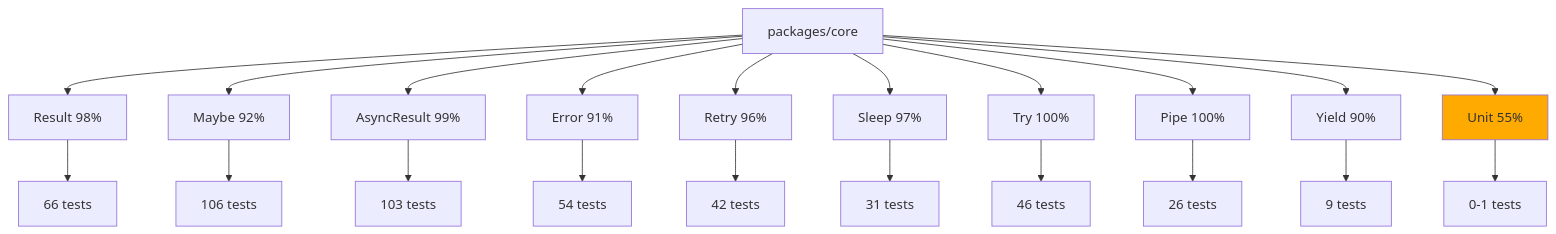
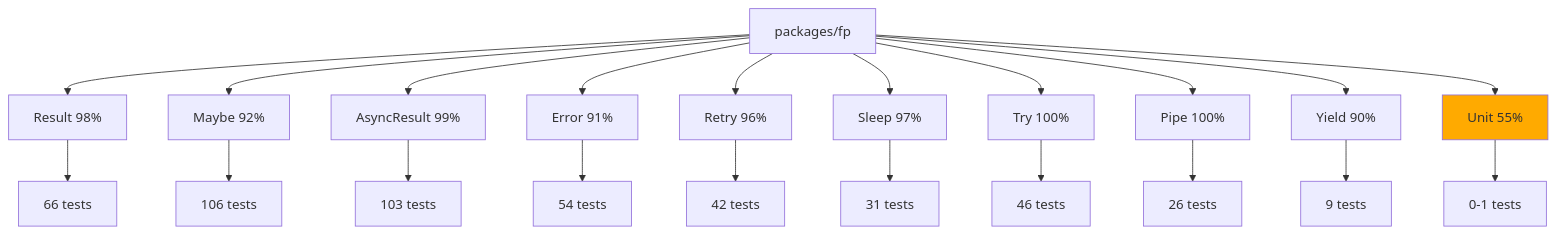
The diagram in reports/tests/test-report-2026-04-01.md (nesalia-inc/core), drawn with Mermaid before and after one commit. The commit also changed other lines of this file and 70 other files, not shown here.

First line of the commit message:
refactor: rename packages/core to packages/fp

````diff
--- a/reports/tests/test-report-2026-04-01.md
+++ b/reports/tests/test-report-2026-04-01.md
@@ -285,26 +285,26 @@
 ```mermaid
 graph TD
-    A[packages/core] --> B[Result 98%]
+    A[packages/fp] --> B[Result 98%]
     A --> C[Maybe 92%]
     A --> D[AsyncResult 99%]
     A --> E[Error 91%]
     A --> F[Retry 96%]
     A --> G[Sleep 97%]
     A --> H[Try 100%]
     A --> I[Pipe 100%]
     A --> J[Yield 90%]
     A --> K[Unit 55%]
 
     B --> B1[66 tests]
     C --> C1[106 tests]
     D --> D1[103 tests]
     E --> E1[54 tests]
     F --> F1[42 tests]
     G --> G1[31 tests]
     H --> H1[46 tests]
     I --> I1[26 tests]
     J --> J1[9 tests]
     K --> K1[0-1 tests]
 
     style K fill:#ffaa00
 ```
````
